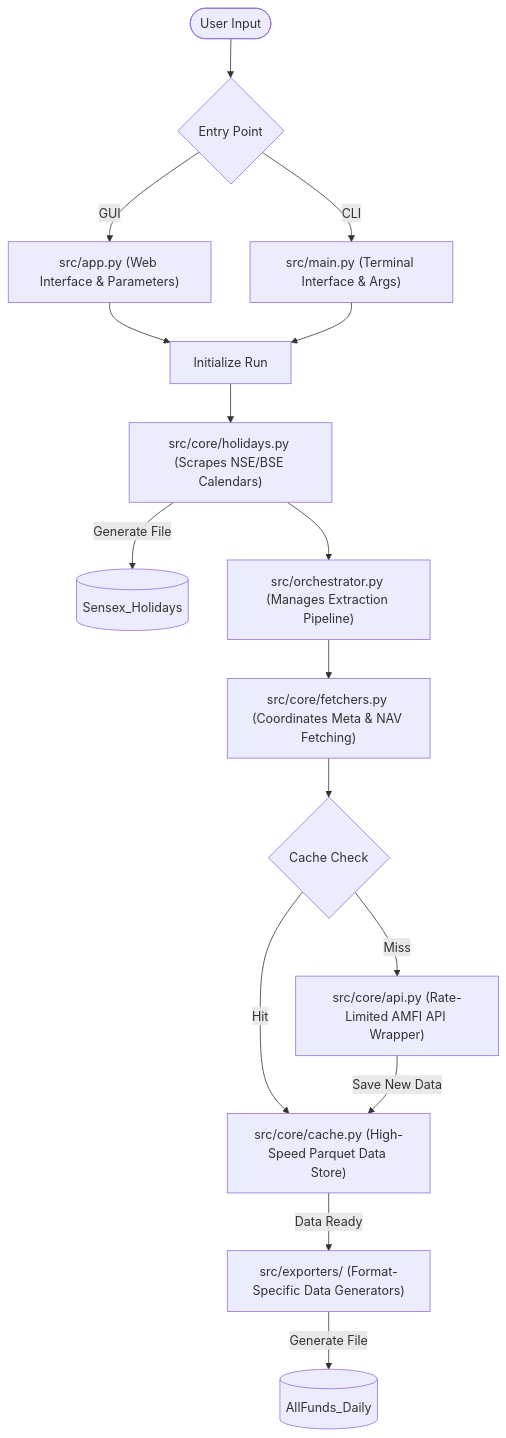
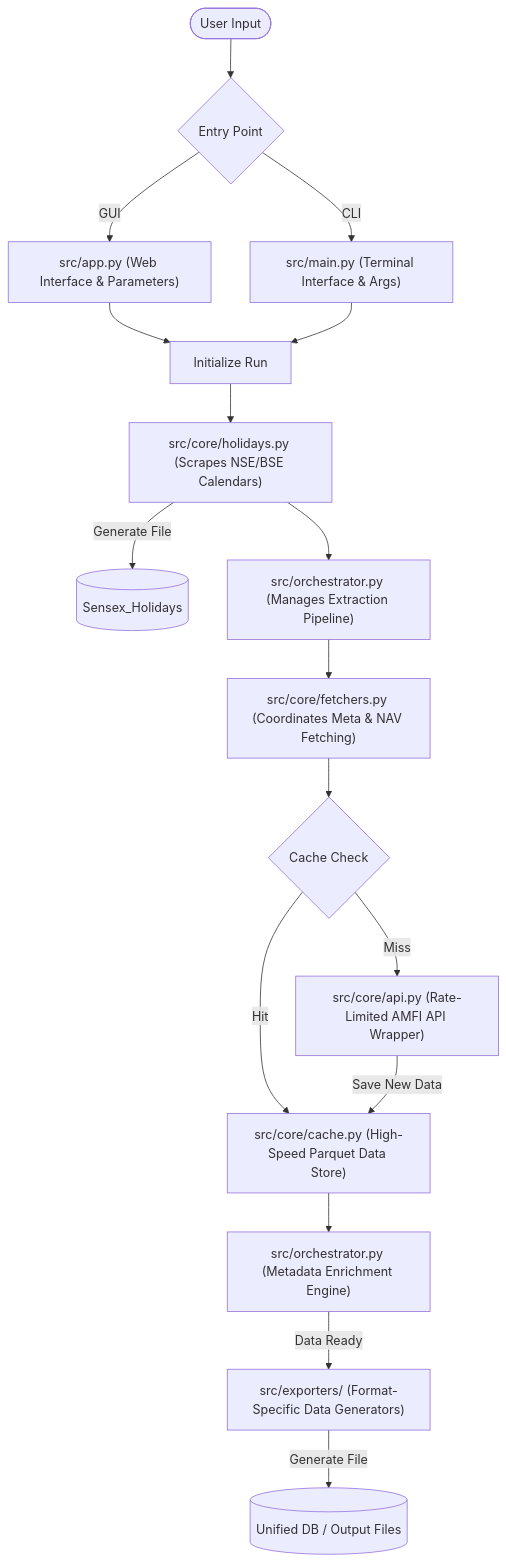
The diagram in README.md (anshusaketsingh/indian-mutual-fund-tracker), drawn with Mermaid before and after one commit. The commit also changed other lines of this file and 5 other files, not shown here.

Commit message:
feat: enhance metadata enrichment with scheme classification, plan parsing, and optimized historical NAV fetching.

````diff
--- a/README.md
+++ b/README.md
@@ -76,23 +88,25 @@
 ```mermaid
 flowchart TD
     A([User Input]) --> B{Entry Point}
     B -->|GUI| C["src/app.py (Web Interface & Parameters)"]
     B -->|CLI| D["src/main.py (Terminal Interface & Args)"]
     
     C --> E[Initialize Run]
     D --> E
     
     E --> F["src/core/holidays.py (Scrapes NSE/BSE Calendars)"]
     F -->|Generate File| G[(Sensex_Holidays)]
     
     F --> H["src/orchestrator.py (Manages Extraction Pipeline)"]
     H --> I["src/core/fetchers.py (Coordinates Meta & NAV Fetching)"]
     
     I --> J{Cache Check}
     J -->|Hit| K["src/core/cache.py (High-Speed Parquet Data Store)"]
     J -->|Miss| L["src/core/api.py (Rate-Limited AMFI API Wrapper)"]
     L -->|Save New Data| K
     
-    K -->|Data Ready| M["src/exporters/ (Format-Specific Data Generators)"]
-    M -->|Generate File| N[(AllFunds_Daily)]
+    K --> M["src/orchestrator.py (Metadata Enrichment Engine)"]
+    
+    M -->|Data Ready| N["src/exporters/ (Format-Specific Data Generators)"]
+    N -->|Generate File| O[(Unified DB / Output Files)]
 ```
````
